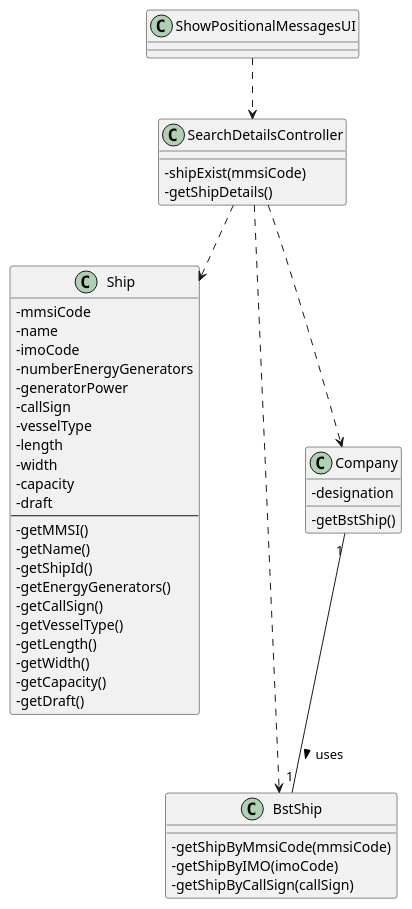
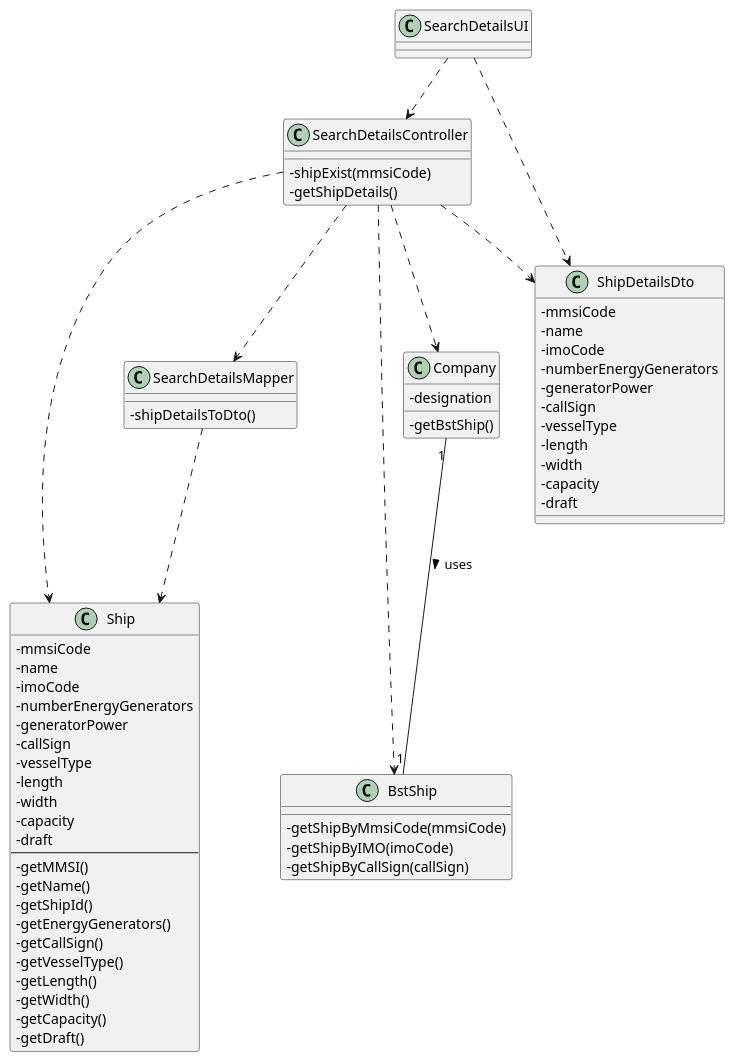
Before and after one commit to 0franciscor/lapr3-2021-g042: the diagram in docs/US102/US102_CD.puml, drawn with PlantUML.

Commit message:
G42-68 #time 30min #comment Design US102 - Class Diagram

```diff
--- a/docs/US102/US102_CD.puml
+++ b/docs/US102/US102_CD.puml
@@ -1,62 +1,88 @@
 @startuml
 'https://plantuml.com/class-diagram
 
 skinparam classAttributeIconSize 0
 
 class Ship {
 -mmsiCode
 -name
 -imoCode
 -numberEnergyGenerators
 -generatorPower
 -callSign
 -vesselType
 -length
 -width
 -capacity
 -draft
 --
 -getMMSI()
 -getName()
 -getShipId()
 -getEnergyGenerators()
 -getCallSign()
 -getVesselType()
 -getLength()
 -getWidth()
 -getCapacity()
 -getDraft()
 }
 
 
 class BstShip {
 -getShipByMmsiCode(mmsiCode)
 -getShipByIMO(imoCode)
 -getShipByCallSign(callSign)
 
 }
 
 
-class ShowPositionalMessagesUI {}
+class SearchDetailsUI {}
 
 class SearchDetailsController {
 -shipExist(mmsiCode)
 -getShipDetails()
 }
 
 class Company {
 -designation
 -getBstShip()
 }
 
+class SearchDetailsMapper{
+-shipDetailsToDto()
+}
+
+class ShipDetailsDto{
+-mmsiCode
+-name
+-imoCode
+-numberEnergyGenerators
+-generatorPower
+-callSign
+-vesselType
+-length
+-width
+-capacity
+-draft
+}
+
+
 
 Company "1" -- "1" BstShip : uses >
 
-ShowPositionalMessagesUI ..> SearchDetailsController
+SearchDetailsUI ..> SearchDetailsController
+SearchDetailsUI ..> ShipDetailsDto
 
 SearchDetailsController ..> Company
 SearchDetailsController ..> BstShip
 SearchDetailsController ..> Ship
+SearchDetailsController ..> SearchDetailsMapper
+SearchDetailsController ..> ShipDetailsDto
+
+
+SearchDetailsMapper ..> Ship
+
 
 
 @enduml
```
